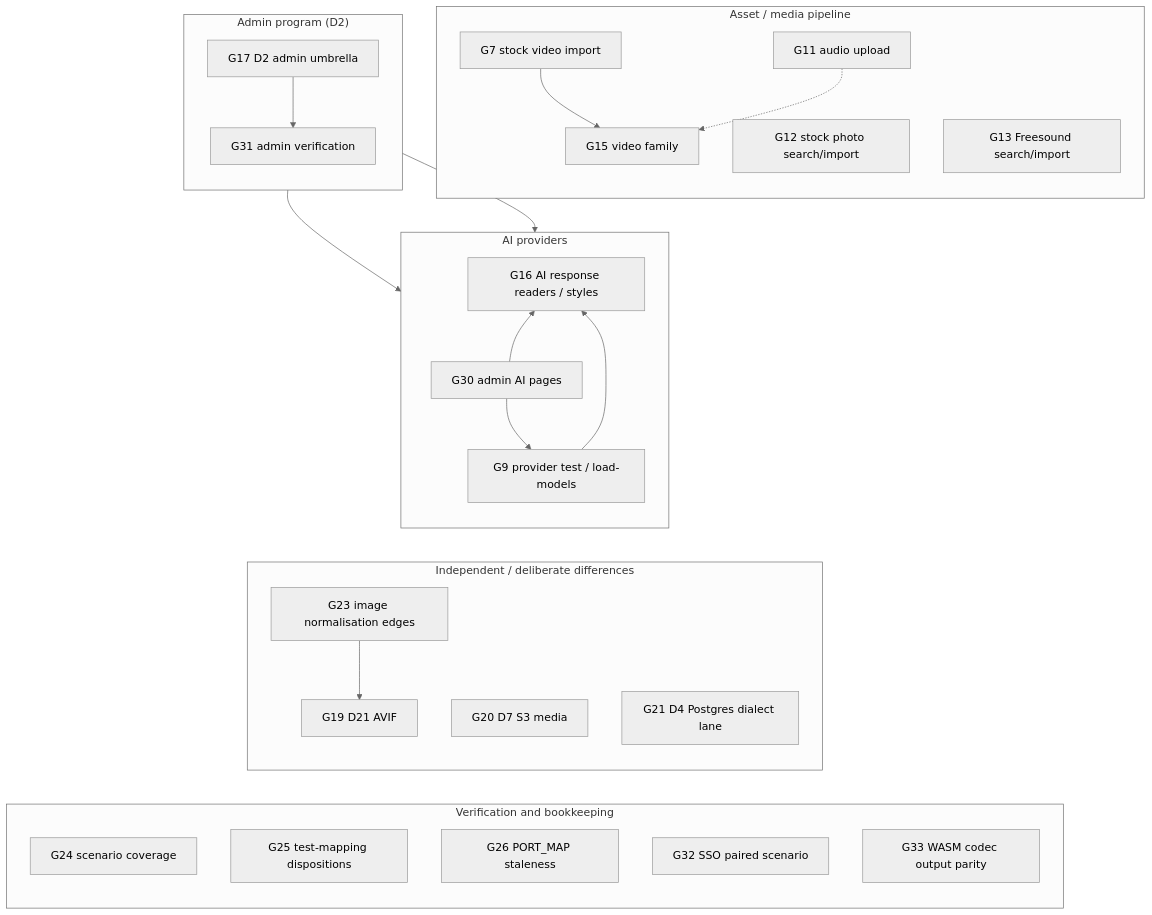
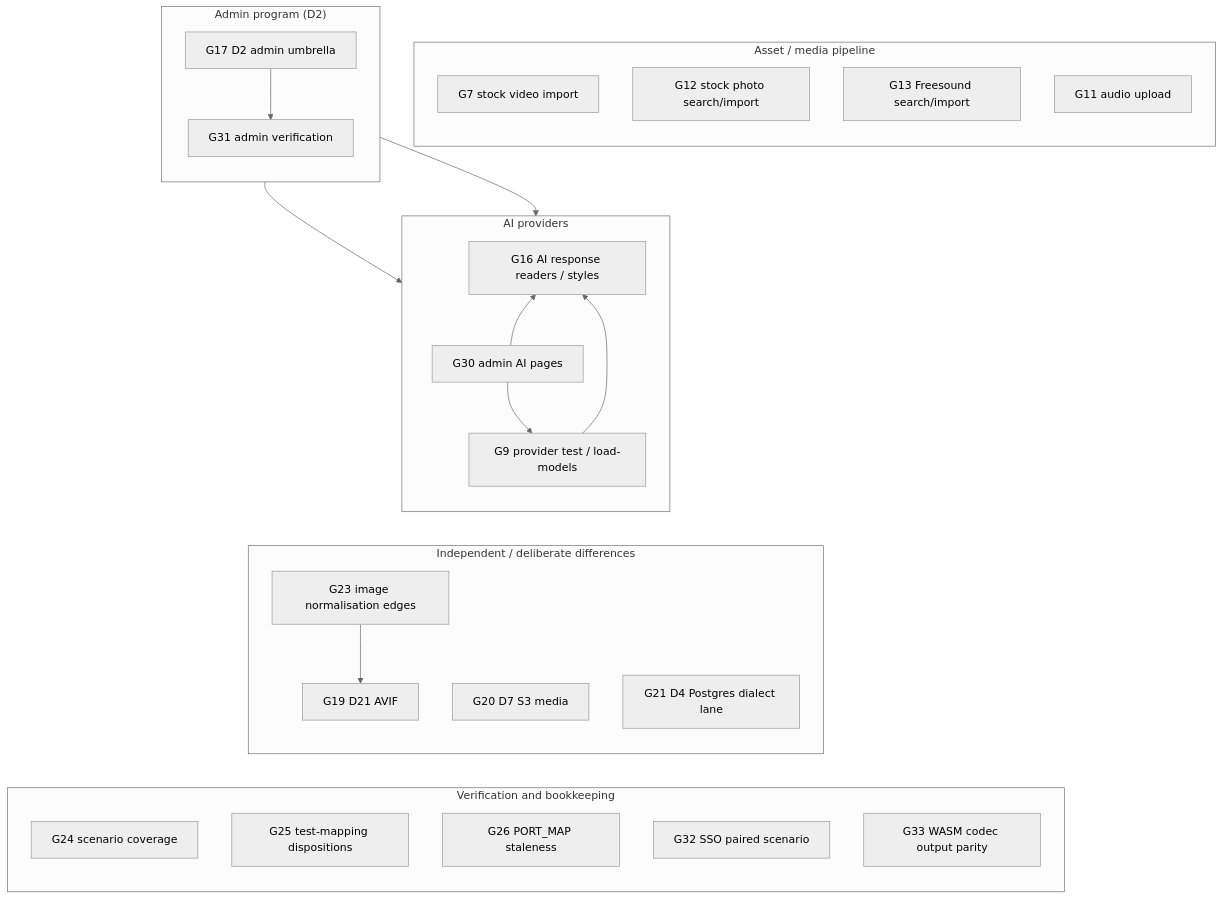
The diagram in docs/parity/GAPS.md (liyu1981/doory-go), drawn with Mermaid (neutral theme) before and after one commit. The commit also changed other lines of this file and 19 other files, not shown here.

First line of the commit message:
Close the video family gap

````diff
--- a/docs/parity/GAPS.md
+++ b/docs/parity/GAPS.md
@@ -33,65 +33,62 @@
 ```mermaid
 flowchart TB
   %% asset / media pipeline
   subgraph Media["Asset / media pipeline"]
     direction TB
-    G15["G15 video family"]
     G7["G7 stock video import"]
     G12["G12 stock photo search/import"]
     G13["G13 Freesound search/import"]
     G11["G11 audio upload"]
 
-    G7 --> G15
-    G11 -.-> G15
   end
 
   %% AI
   subgraph AI["AI providers"]
     direction TB
     G16["G16 AI response readers / styles"]
     G9["G9 provider test / load-models"]
     G30["G30 admin AI pages"]
 
     G9 --> G16
     G30 --> G9
     G30 --> G16
   end
 
   %% admin program
   subgraph Admin["Admin program (D2)"]
     direction TB
     G17["G17 D2 admin umbrella"]
     G31["G31 admin verification"]
 
     G17 --> G30
     G17 --> G31
     G31 --> G30
   end
 
   %% independent deliberate differences
   subgraph Differences["Independent / deliberate differences"]
     direction TB
     G19["G19 D21 AVIF"]
     G20["G20 D7 S3 media"]
     G21["G21 D4 Postgres dialect lane"]
     G23["G23 image normalisation edges"]
 
     G23 --> G19
   end
 
   %% verification / bookkeeping (not feature prerequisites)
   subgraph Verification["Verification and bookkeeping"]
     direction TB
     G24["G24 scenario coverage"]
     G25["G25 test-mapping dispositions"]
     G26["G26 PORT_MAP staleness"]
     G32["G32 SSO paired scenario"]
     G33["G33 WASM codec output parity"]
   end
 
   %% Layout-only links: keep the clusters stacked vertically (they are invisible).
   G11 ~~~ G16
   G16 ~~~ G30
   G30 ~~~ G19
   G19 ~~~ G24
 ```
````
